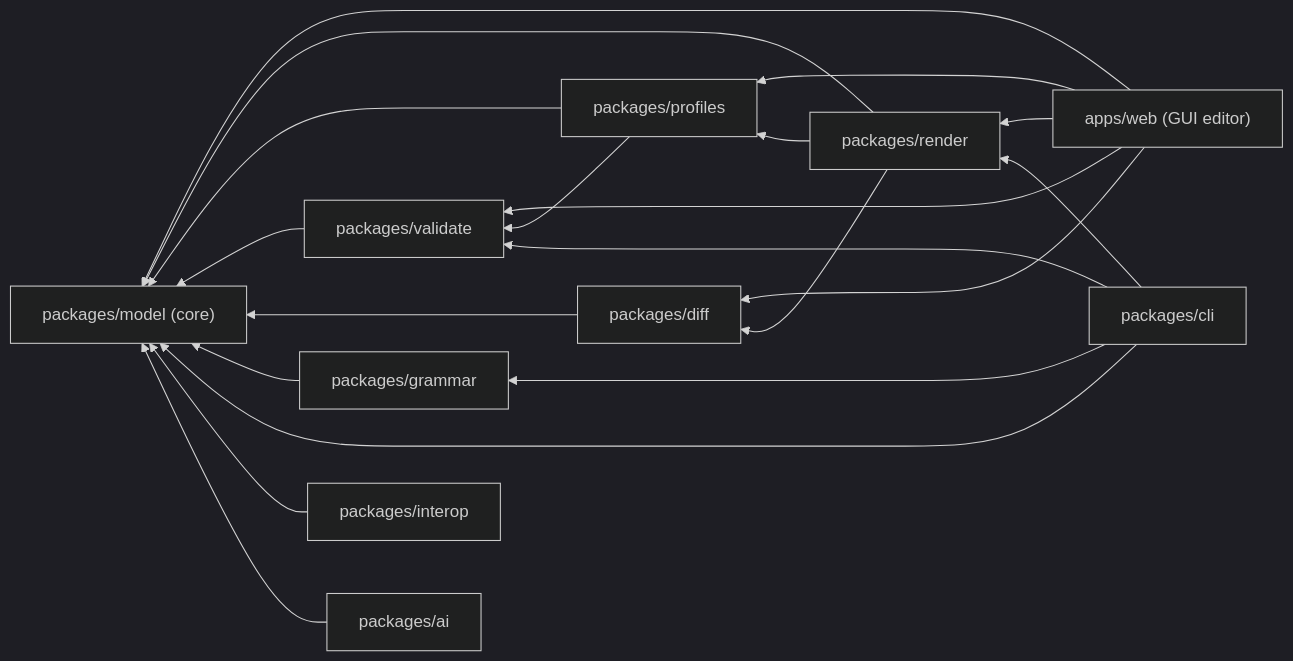
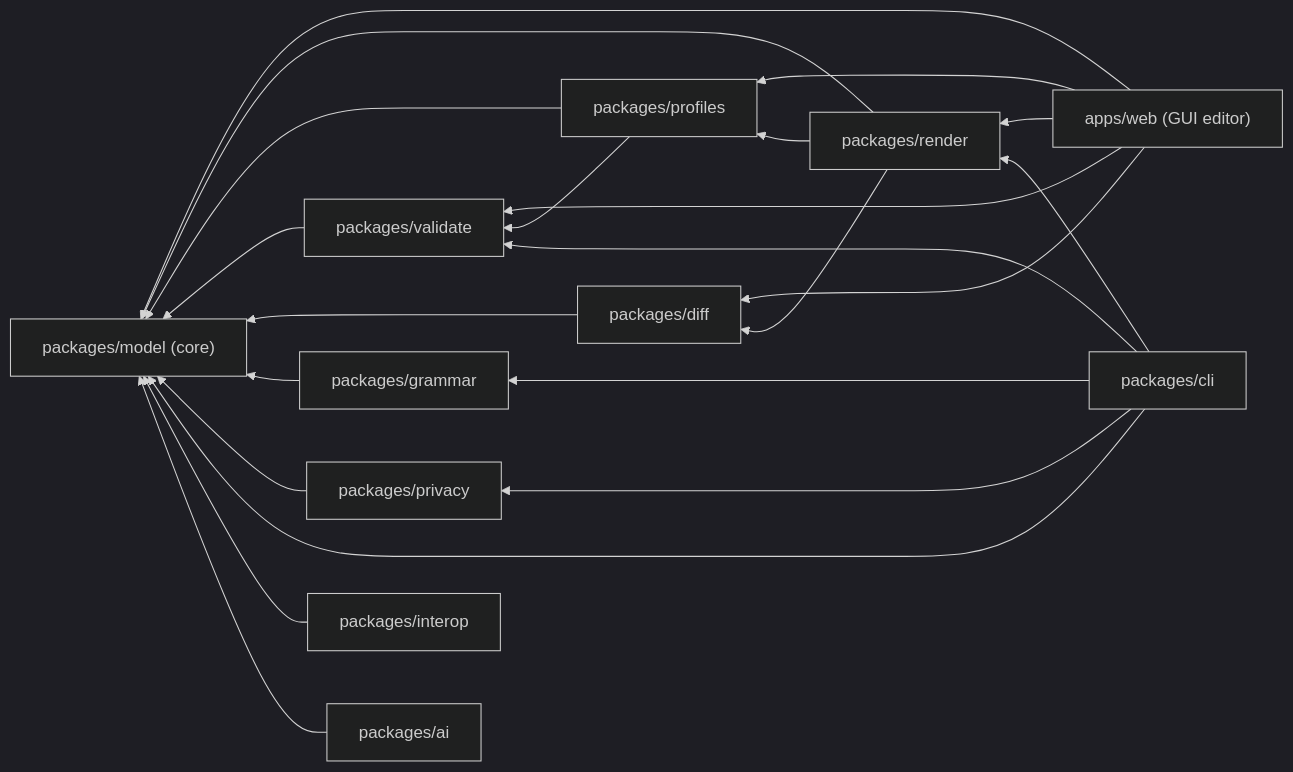
Before and after one commit to Pipeliner/psyuml: the diagram in sdd/README.md, drawn with Mermaid (dark theme). The commit also changed other lines of this file and 11 other files, not shown here.

````diff
--- a/sdd/README.md
+++ b/sdd/README.md
@@ -55,23 +55,25 @@
 ```mermaid
 flowchart RL
     web["apps/web (GUI editor)"] --> render
     web --> validate
     web --> profiles
     web --> diff
     web --> model
     render["packages/render"] --> profiles
     render --> diff
     render --> model
     profiles["packages/profiles"] --> validate
     profiles --> model
     validate["packages/validate"] --> model
     diff["packages/diff"] --> model
     grammar["packages/grammar"] --> model
+    privacy["packages/privacy"] --> model
     cli["packages/cli"] --> validate
     cli --> render
     cli --> grammar
+    cli --> privacy
     cli --> model
     interop["packages/interop"] --> model
     ai["packages/ai"] --> model
     model["packages/model (core)"]
 ```
````
